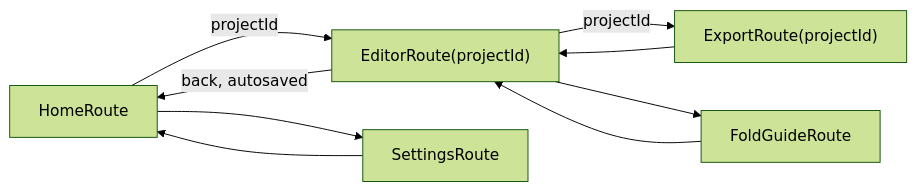
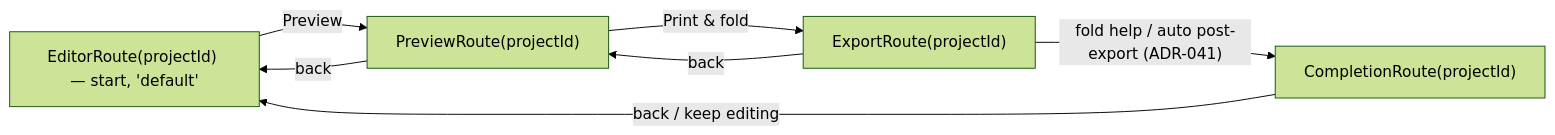
The eighth of 10 diagrams in docs/ARCHITECTURE.md (aritr-codes/zinely-android), drawn with Mermaid (forest theme) before and after one commit. The commit also changed other lines of this file and 9 other files, not shown here.

First line of the commit message:
feat(home): S6.2 read-only "My zines" shelf — built-but-unwired (ADR-043)

````diff
--- a/docs/ARCHITECTURE.md
+++ b/docs/ARCHITECTURE.md
@@ -270,11 +272,9 @@
 ```mermaid
 flowchart LR
-    Home["HomeRoute"] -->|projectId| Editor["EditorRoute(projectId)"]
-    Home --> Settings["SettingsRoute"]
-    Editor -->|projectId| Export["ExportRoute(projectId)"]
-    Editor --> Fold["FoldGuideRoute"]
-    Export --> Editor
-    Fold --> Editor
-    Editor -->|back, autosaved| Home
-    Settings --> Home
+    Editor["EditorRoute(projectId) — start, 'default'"] -->|Preview| Preview["PreviewRoute(projectId)"]
+    Preview -->|"Print & fold"| Export["ExportRoute(projectId)"]
+    Export -->|"fold help / auto post-export (ADR-041)"| Completion["CompletionRoute(projectId)"]
+    Preview -->|back| Editor
+    Export -->|back| Preview
+    Completion -->|"back / keep editing"| Editor
 ```
````
